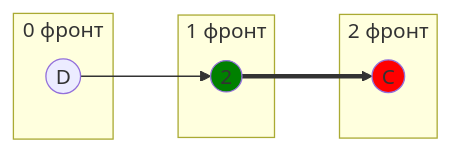
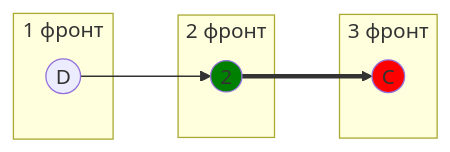
The fifth of 10 diagrams in Задание 8/DIVI.md (algos-ris-24-5/manual-tasks), drawn with Mermaid before and after one commit. The commit also changed other lines of this file, not shown here.

````diff
--- a/Задание 8/DIVI.md
+++ b/Задание 8/DIVI.md
@@ -158,18 +184,18 @@
 ```mermaid
 graph LR
-    subgraph "0 фронт"
+    subgraph "1 фронт"
         D((D))
     end
-    subgraph "1 фронт"
+    subgraph "2 фронт"
         2((2))
 
     end
-    subgraph "2 фронт"
+    subgraph "3 фронт"
         C((C))
     end
 
     D --> 2 ==> C
     
     style C fill:#FF0000
     style 2 fill:#008000
 ```
````
